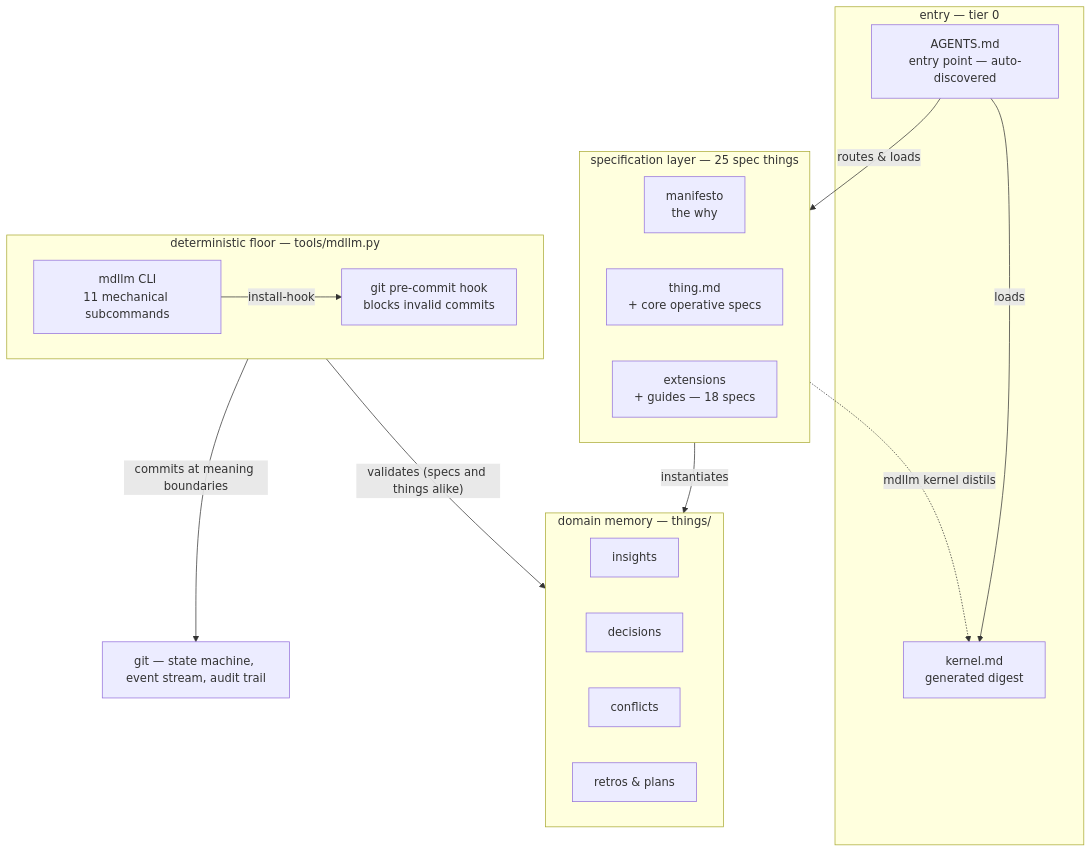
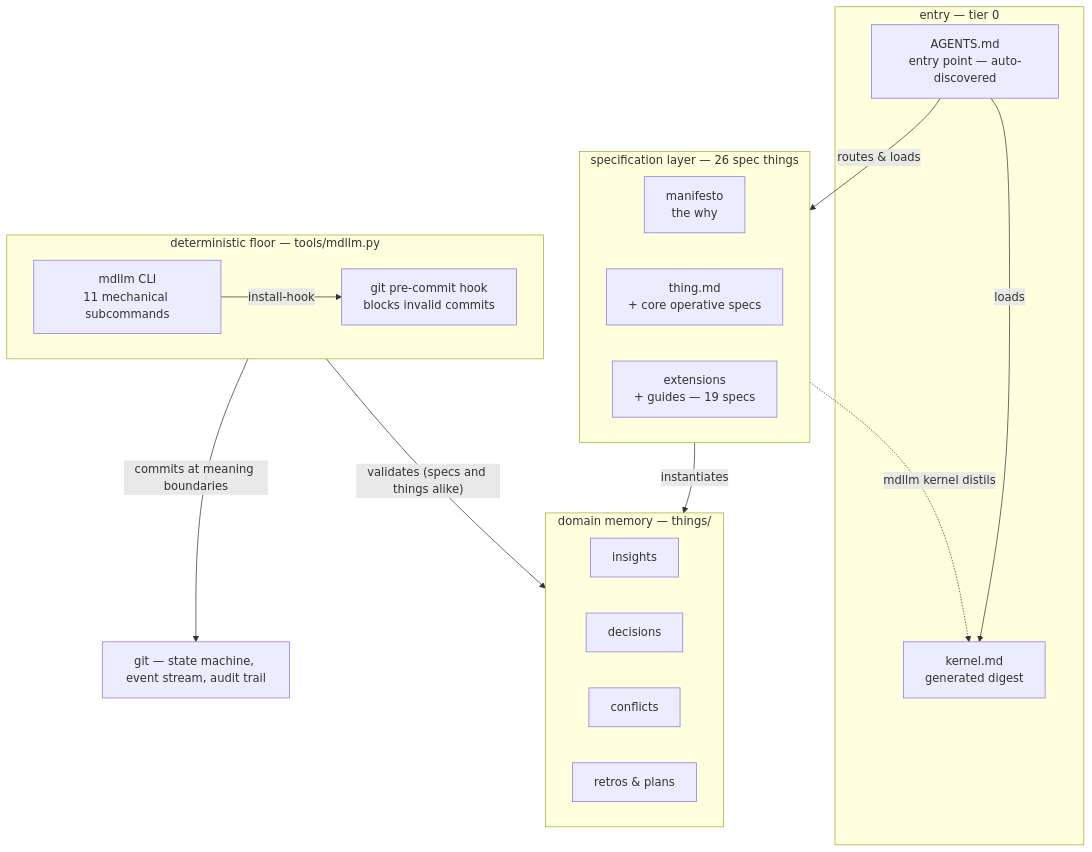
One commit to JanoshMoshiri/MarkdownLLM changed the first of 3 diagrams in framework-map.md. Above: the diagram before and after it, drawn with Mermaid. The commit also changed other lines of this file and 17 other files, not shown here.

````diff
--- a/framework-map.md
+++ b/framework-map.md
@@ -51,31 +51,31 @@
 ```mermaid
 flowchart TD
     subgraph entry ["entry — tier 0"]
         AGENTS["AGENTS.md<br/>entry point — auto-discovered"]
         KERNEL["kernel.md<br/>generated digest"]
     end
-    subgraph specs ["specification layer — 25 spec things"]
+    subgraph specs ["specification layer — 26 spec things"]
         MANIFESTO["manifesto<br/>the why"]
         THING["thing.md<br/>+ core operative specs"]
-        EXT["extensions<br/>+ guides — 18 specs"]
+        EXT["extensions<br/>+ guides — 19 specs"]
     end
     subgraph memory ["domain memory — things/"]
         INSIGHTS["insights"]
         DECISIONS["decisions"]
         CONFLICTS["conflicts"]
         RETROS["retros & plans"]
     end
     subgraph floor ["deterministic floor — tools/mdllm.py"]
         MDLLM["mdllm CLI<br/>11 mechanical subcommands"]
         HOOK["git pre-commit hook<br/>blocks invalid commits"]
     end
     GIT["git — state machine, event stream, audit trail"]
 
     AGENTS -->|loads| KERNEL
     AGENTS -->|routes & loads| specs
     specs -.->|"mdllm kernel distils"| KERNEL
     specs -->|instantiates| memory
     MDLLM -->|install-hook| HOOK
     floor -->|"validates (specs and things alike)"| memory
     floor -->|commits at meaning boundaries| GIT
 ```
````
